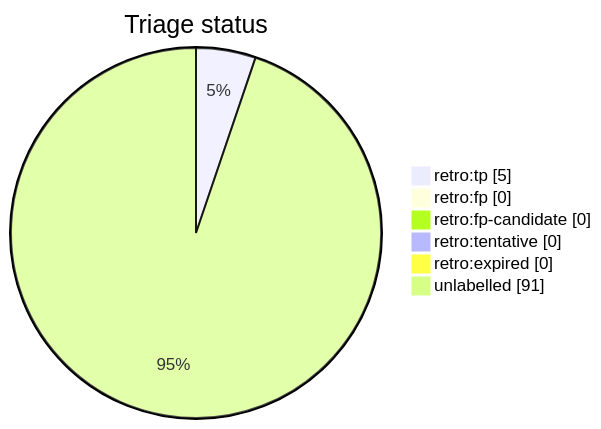
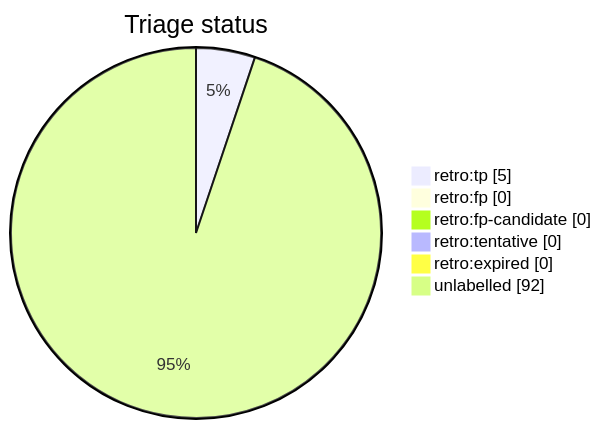
The diagram in docs/generated/scripts/auto-retro-triage-report.md (tvna/claude-md), drawn with Mermaid before and after one commit. The commit also changed other lines of this file, not shown here.

````diff
--- a/docs/generated/scripts/auto-retro-triage-report.md
+++ b/docs/generated/scripts/auto-retro-triage-report.md
@@ -20,10 +20,10 @@
 ```mermaid
 pie showData
     title Triage status
     "retro:tp" : 5
     "retro:fp" : 0
     "retro:fp-candidate" : 0
     "retro:tentative" : 0
     "retro:expired" : 0
-    "unlabelled" : 91
+    "unlabelled" : 92
 ```
````
